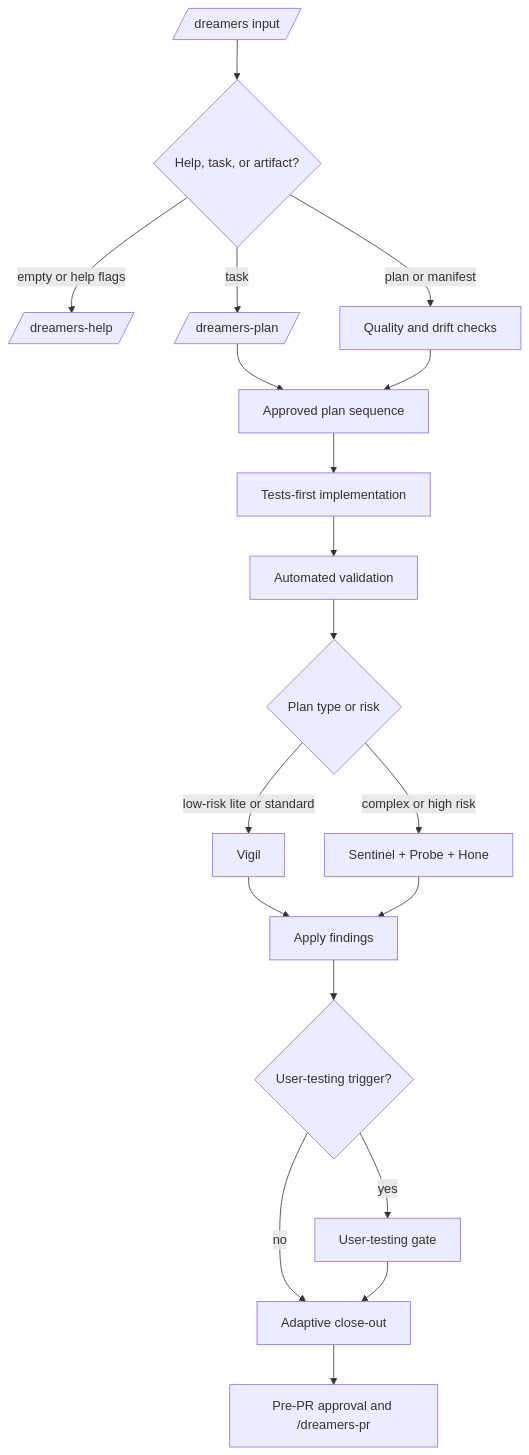
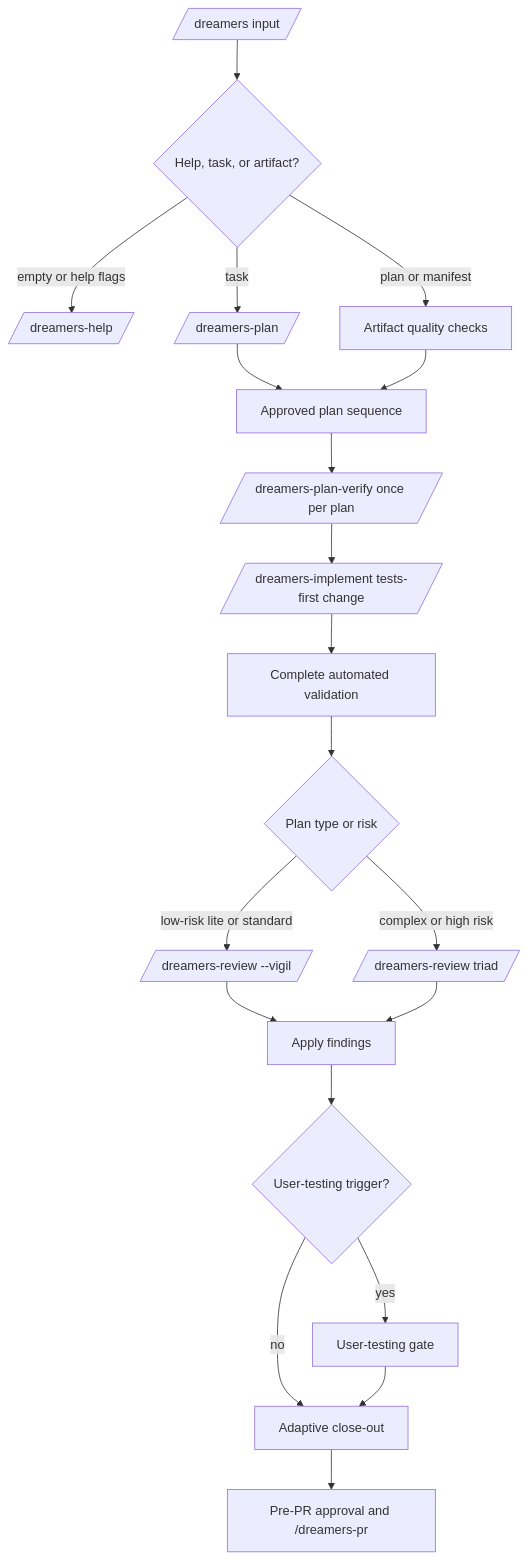
One commit to mrStorrs/dreamers-copilot changed the diagram in .github/README.md. Above: the diagram before and after it, drawn with Mermaid. The commit also changed other lines of this file and 13 other files, not shown here.

```diff
--- a/.github/README.md
+++ b/.github/README.md
@@ -83,21 +85,22 @@
 ~~~mermaid
 flowchart TD
     I[/dreamers input/] --> R{Help, task, or artifact?}
     R -->|empty or help flags| H[/dreamers-help/]
     R -->|task| P[/dreamers-plan/]
-    R -->|plan or manifest| Q[Quality and drift checks]
+    R -->|plan or manifest| Q[Artifact quality checks]
     P --> A[Approved plan sequence]
     Q --> A
-    A --> T[Tests-first implementation]
-    T --> V[Automated validation]
+    A --> PV[/dreamers-plan-verify once per plan/]
+    PV --> T[/dreamers-implement tests-first change/]
+    T --> V[Complete automated validation]
     V --> S{Plan type or risk}
-    S -->|low-risk lite or standard| G[Vigil]
-    S -->|complex or high risk| F[Sentinel + Probe + Hone]
+    S -->|low-risk lite or standard| G[/dreamers-review --vigil/]
+    S -->|complex or high risk| F[/dreamers-review triad/]
     G --> X[Apply findings]
     F --> X
     X --> U{User-testing trigger?}
     U -->|yes| UG[User-testing gate]
     U -->|no| C[Adaptive close-out]
     UG --> C
     C --> PR[Pre-PR approval and /dreamers-pr]
 ~~~
```
